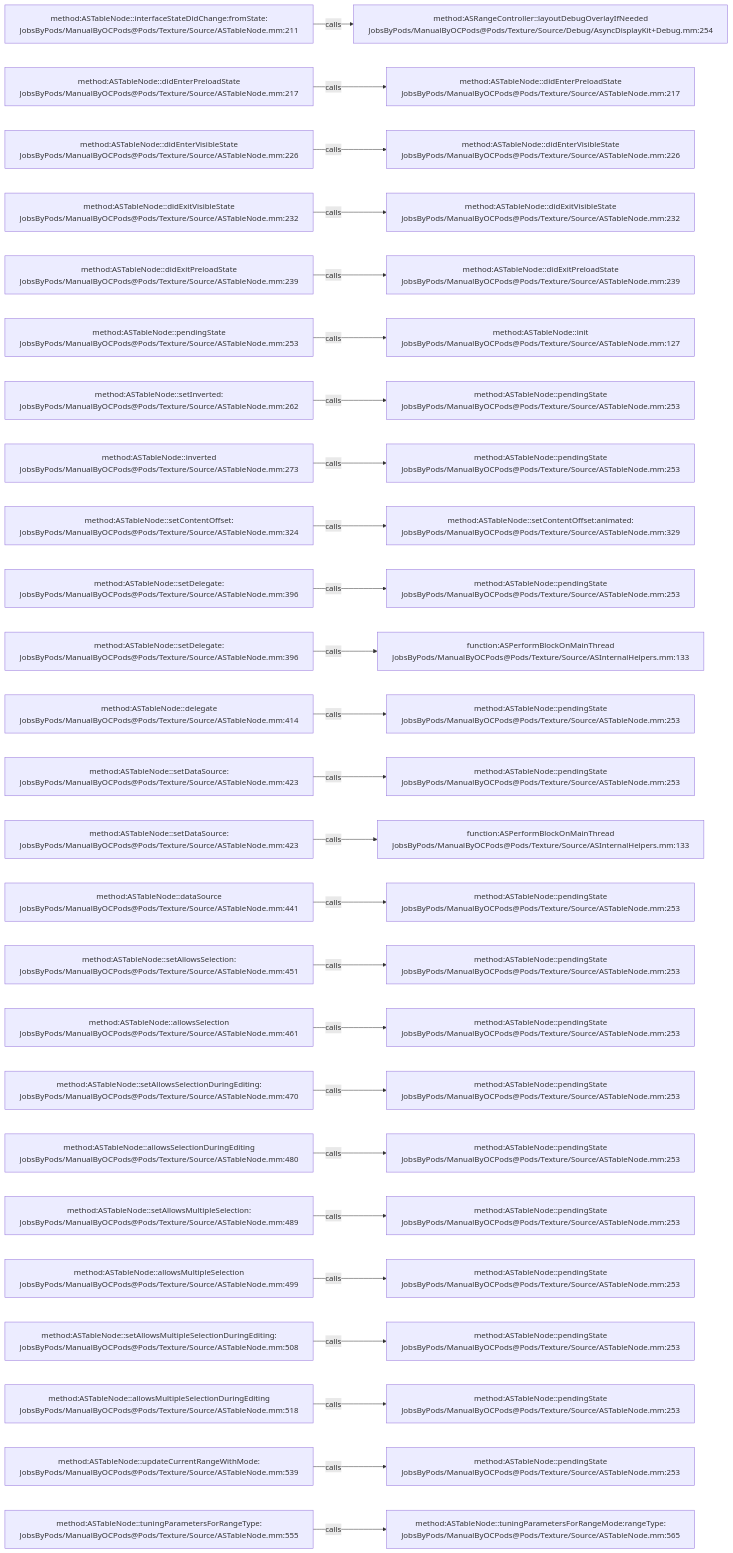
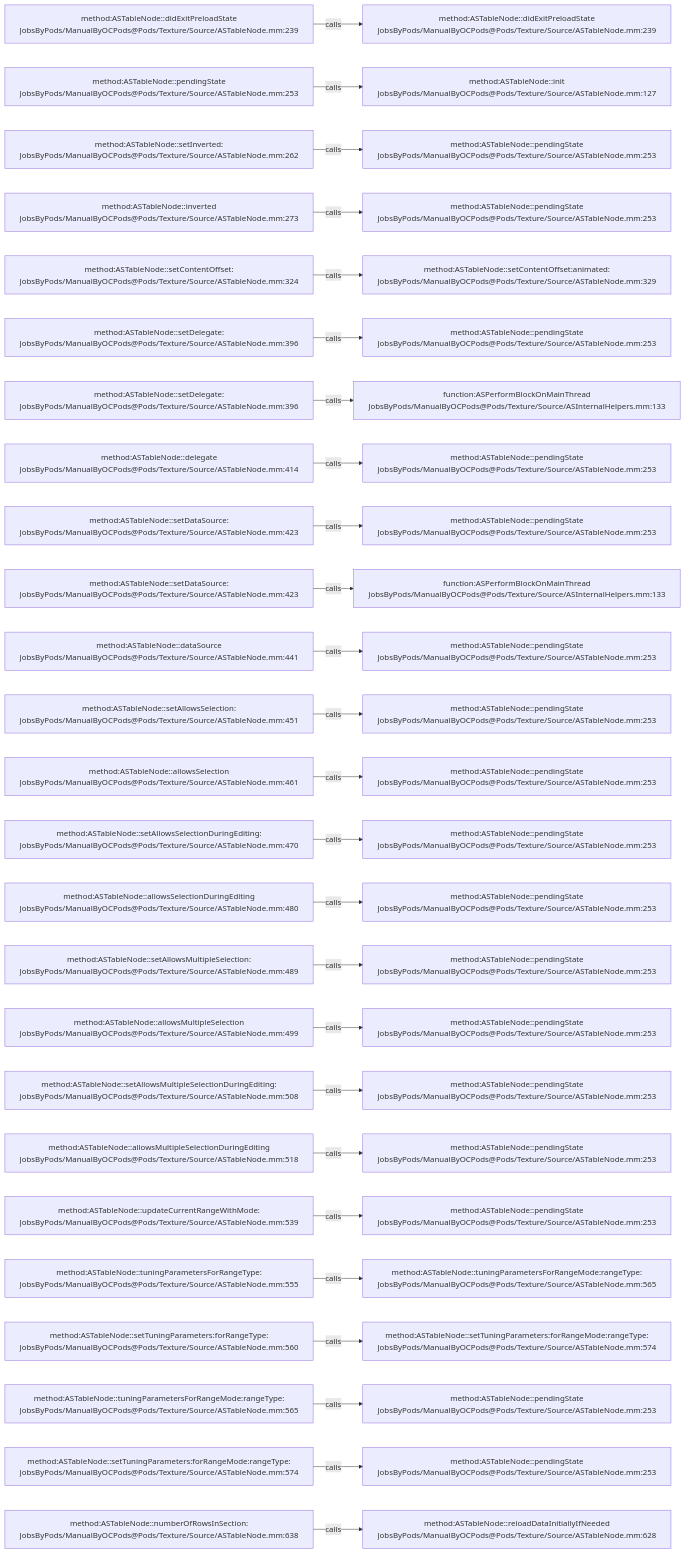
The diagram in .codegraph/codegraph.md/graphs/calls-121.md (JobsKits/JobsOCBaseConfigDemo), drawn with Mermaid before and after one commit. The commit also changed 727 other files, not shown here.

````diff
--- a/.codegraph/codegraph.md/graphs/calls-121.md
+++ b/.codegraph/codegraph.md/graphs/calls-121.md
@@ -13,78 +13,78 @@
 ```mermaid
 flowchart LR
-  S1["method:ASTableNode::interfaceStateDidChange:fromState:<br/>JobsByPods/ManualByOCPods@Pods/Texture/Source/ASTableNode.mm:211"]
-  T1["method:ASRangeController::layoutDebugOverlayIfNeeded<br/>JobsByPods/ManualByOCPods@Pods/Texture/Source/Debug/AsyncDisplayKit+Debug.mm:254"]
+  S1["method:ASTableNode::didExitPreloadState<br/>JobsByPods/ManualByOCPods@Pods/Texture/Source/ASTableNode.mm:239"]
+  T1["method:ASTableNode::didExitPreloadState<br/>JobsByPods/ManualByOCPods@Pods/Texture/Source/ASTableNode.mm:239"]
   S1 -->|calls| T1
-  S2["method:ASTableNode::didEnterPreloadState<br/>JobsByPods/ManualByOCPods@Pods/Texture/Source/ASTableNode.mm:217"]
-  T2["method:ASTableNode::didEnterPreloadState<br/>JobsByPods/ManualByOCPods@Pods/Texture/Source/ASTableNode.mm:217"]
+  S2["method:ASTableNode::pendingState<br/>JobsByPods/ManualByOCPods@Pods/Texture/Source/ASTableNode.mm:253"]
+  T2["method:ASTableNode::init<br/>JobsByPods/ManualByOCPods@Pods/Texture/Source/ASTableNode.mm:127"]
   S2 -->|calls| T2
-  S3["method:ASTableNode::didEnterVisibleState<br/>JobsByPods/ManualByOCPods@Pods/Texture/Source/ASTableNode.mm:226"]
-  T3["method:ASTableNode::didEnterVisibleState<br/>JobsByPods/ManualByOCPods@Pods/Texture/Source/ASTableNode.mm:226"]
+  S3["method:ASTableNode::setInverted:<br/>JobsByPods/ManualByOCPods@Pods/Texture/Source/ASTableNode.mm:262"]
+  T3["method:ASTableNode::pendingState<br/>JobsByPods/ManualByOCPods@Pods/Texture/Source/ASTableNode.mm:253"]
   S3 -->|calls| T3
-  S4["method:ASTableNode::didExitVisibleState<br/>JobsByPods/ManualByOCPods@Pods/Texture/Source/ASTableNode.mm:232"]
-  T4["method:ASTableNode::didExitVisibleState<br/>JobsByPods/ManualByOCPods@Pods/Texture/Source/ASTableNode.mm:232"]
+  S4["method:ASTableNode::inverted<br/>JobsByPods/ManualByOCPods@Pods/Texture/Source/ASTableNode.mm:273"]
+  T4["method:ASTableNode::pendingState<br/>JobsByPods/ManualByOCPods@Pods/Texture/Source/ASTableNode.mm:253"]
   S4 -->|calls| T4
-  S5["method:ASTableNode::didExitPreloadState<br/>JobsByPods/ManualByOCPods@Pods/Texture/Source/ASTableNode.mm:239"]
-  T5["method:ASTableNode::didExitPreloadState<br/>JobsByPods/ManualByOCPods@Pods/Texture/Source/ASTableNode.mm:239"]
+  S5["method:ASTableNode::setContentOffset:<br/>JobsByPods/ManualByOCPods@Pods/Texture/Source/ASTableNode.mm:324"]
+  T5["method:ASTableNode::setContentOffset:animated:<br/>JobsByPods/ManualByOCPods@Pods/Texture/Source/ASTableNode.mm:329"]
   S5 -->|calls| T5
-  S6["method:ASTableNode::pendingState<br/>JobsByPods/ManualByOCPods@Pods/Texture/Source/ASTableNode.mm:253"]
-  T6["method:ASTableNode::init<br/>JobsByPods/ManualByOCPods@Pods/Texture/Source/ASTableNode.mm:127"]
+  S6["method:ASTableNode::setDelegate:<br/>JobsByPods/ManualByOCPods@Pods/Texture/Source/ASTableNode.mm:396"]
+  T6["method:ASTableNode::pendingState<br/>JobsByPods/ManualByOCPods@Pods/Texture/Source/ASTableNode.mm:253"]
   S6 -->|calls| T6
-  S7["method:ASTableNode::setInverted:<br/>JobsByPods/ManualByOCPods@Pods/Texture/Source/ASTableNode.mm:262"]
-  T7["method:ASTableNode::pendingState<br/>JobsByPods/ManualByOCPods@Pods/Texture/Source/ASTableNode.mm:253"]
+  S7["method:ASTableNode::setDelegate:<br/>JobsByPods/ManualByOCPods@Pods/Texture/Source/ASTableNode.mm:396"]
+  T7["function:ASPerformBlockOnMainThread<br/>JobsByPods/ManualByOCPods@Pods/Texture/Source/ASInternalHelpers.mm:133"]
   S7 -->|calls| T7
-  S8["method:ASTableNode::inverted<br/>JobsByPods/ManualByOCPods@Pods/Texture/Source/ASTableNode.mm:273"]
+  S8["method:ASTableNode::delegate<br/>JobsByPods/ManualByOCPods@Pods/Texture/Source/ASTableNode.mm:414"]
   T8["method:ASTableNode::pendingState<br/>JobsByPods/ManualByOCPods@Pods/Texture/Source/ASTableNode.mm:253"]
   S8 -->|calls| T8
-  S9["method:ASTableNode::setContentOffset:<br/>JobsByPods/ManualByOCPods@Pods/Texture/Source/ASTableNode.mm:324"]
-  T9["method:ASTableNode::setContentOffset:animated:<br/>JobsByPods/ManualByOCPods@Pods/Texture/Source/ASTableNode.mm:329"]
+  S9["method:ASTableNode::setDataSource:<br/>JobsByPods/ManualByOCPods@Pods/Texture/Source/ASTableNode.mm:423"]
+  T9["method:ASTableNode::pendingState<br/>JobsByPods/ManualByOCPods@Pods/Texture/Source/ASTableNode.mm:253"]
   S9 -->|calls| T9
-  S10["method:ASTableNode::setDelegate:<br/>JobsByPods/ManualByOCPods@Pods/Texture/Source/ASTableNode.mm:396"]
-  T10["method:ASTableNode::pendingState<br/>JobsByPods/ManualByOCPods@Pods/Texture/Source/ASTableNode.mm:253"]
+  S10["method:ASTableNode::setDataSource:<br/>JobsByPods/ManualByOCPods@Pods/Texture/Source/ASTableNode.mm:423"]
+  T10["function:ASPerformBlockOnMainThread<br/>JobsByPods/ManualByOCPods@Pods/Texture/Source/ASInternalHelpers.mm:133"]
   S10 -->|calls| T10
-  S11["method:ASTableNode::setDelegate:<br/>JobsByPods/ManualByOCPods@Pods/Texture/Source/ASTableNode.mm:396"]
-  T11["function:ASPerformBlockOnMainThread<br/>JobsByPods/ManualByOCPods@Pods/Texture/Source/ASInternalHelpers.mm:133"]
+  S11["method:ASTableNode::dataSource<br/>JobsByPods/ManualByOCPods@Pods/Texture/Source/ASTableNode.mm:441"]
+  T11["method:ASTableNode::pendingState<br/>JobsByPods/ManualByOCPods@Pods/Texture/Source/ASTableNode.mm:253"]
   S11 -->|calls| T11
-  S12["method:ASTableNode::delegate<br/>JobsByPods/ManualByOCPods@Pods/Texture/Source/ASTableNode.mm:414"]
+  S12["method:ASTableNode::setAllowsSelection:<br/>JobsByPods/ManualByOCPods@Pods/Texture/Source/ASTableNode.mm:451"]
   T12["method:ASTableNode::pendingState<br/>JobsByPods/ManualByOCPods@Pods/Texture/Source/ASTableNode.mm:253"]
   S12 -->|calls| T12
-  S13["method:ASTableNode::setDataSource:<br/>JobsByPods/ManualByOCPods@Pods/Texture/Source/ASTableNode.mm:423"]
+  S13["method:ASTableNode::allowsSelection<br/>JobsByPods/ManualByOCPods@Pods/Texture/Source/ASTableNode.mm:461"]
   T13["method:ASTableNode::pendingState<br/>JobsByPods/ManualByOCPods@Pods/Texture/Source/ASTableNode.mm:253"]
   S13 -->|calls| T13
-  S14["method:ASTableNode::setDataSource:<br/>JobsByPods/ManualByOCPods@Pods/Texture/Source/ASTableNode.mm:423"]
-  T14["function:ASPerformBlockOnMainThread<br/>JobsByPods/ManualByOCPods@Pods/Texture/Source/ASInternalHelpers.mm:133"]
+  S14["method:ASTableNode::setAllowsSelectionDuringEditing:<br/>JobsByPods/ManualByOCPods@Pods/Texture/Source/ASTableNode.mm:470"]
+  T14["method:ASTableNode::pendingState<br/>JobsByPods/ManualByOCPods@Pods/Texture/Source/ASTableNode.mm:253"]
   S14 -->|calls| T14
-  S15["method:ASTableNode::dataSource<br/>JobsByPods/ManualByOCPods@Pods/Texture/Source/ASTableNode.mm:441"]
+  S15["method:ASTableNode::allowsSelectionDuringEditing<br/>JobsByPods/ManualByOCPods@Pods/Texture/Source/ASTableNode.mm:480"]
   T15["method:ASTableNode::pendingState<br/>JobsByPods/ManualByOCPods@Pods/Texture/Source/ASTableNode.mm:253"]
   S15 -->|calls| T15
-  S16["method:ASTableNode::setAllowsSelection:<br/>JobsByPods/ManualByOCPods@Pods/Texture/Source/ASTableNode.mm:451"]
+  S16["method:ASTableNode::setAllowsMultipleSelection:<br/>JobsByPods/ManualByOCPods@Pods/Texture/Source/ASTableNode.mm:489"]
   T16["method:ASTableNode::pendingState<br/>JobsByPods/ManualByOCPods@Pods/Texture/Source/ASTableNode.mm:253"]
   S16 -->|calls| T16
-  S17["method:ASTableNode::allowsSelection<br/>JobsByPods/ManualByOCPods@Pods/Texture/Source/ASTableNode.mm:461"]
+  S17["method:ASTableNode::allowsMultipleSelection<br/>JobsByPods/ManualByOCPods@Pods/Texture/Source/ASTableNode.mm:499"]
   T17["method:ASTableNode::pendingState<br/>JobsByPods/ManualByOCPods@Pods/Texture/Source/ASTableNode.mm:253"]
   S17 -->|calls| T17
-  S18["method:ASTableNode::setAllowsSelectionDuringEditing:<br/>JobsByPods/ManualByOCPods@Pods/Texture/Source/ASTableNode.mm:470"]
+  S18["method:ASTableNode::setAllowsMultipleSelectionDuringEditing:<br/>JobsByPods/ManualByOCPods@Pods/Texture/Source/ASTableNode.mm:508"]
   T18["method:ASTableNode::pendingState<br/>JobsByPods/ManualByOCPods@Pods/Texture/Source/ASTableNode.mm:253"]
   S18 -->|calls| T18
-  S19["method:ASTableNode::allowsSelectionDuringEditing<br/>JobsByPods/ManualByOCPods@Pods/Texture/Source/ASTableNode.mm:480"]
+  S19["method:ASTableNode::allowsMultipleSelectionDuringEditing<br/>JobsByPods/ManualByOCPods@Pods/Texture/Source/ASTableNode.mm:518"]
   T19["method:ASTableNode::pendingState<br/>JobsByPods/ManualByOCPods@Pods/Texture/Source/ASTableNode.mm:253"]
   S19 -->|calls| T19
-  S20["method:ASTableNode::setAllowsMultipleSelection:<br/>JobsByPods/ManualByOCPods@Pods/Texture/Source/ASTableNode.mm:489"]
+  S20["method:ASTableNode::updateCurrentRangeWithMode:<br/>JobsByPods/ManualByOCPods@Pods/Texture/Source/ASTableNode.mm:539"]
   T20["method:ASTableNode::pendingState<br/>JobsByPods/ManualByOCPods@Pods/Texture/Source/ASTableNode.mm:253"]
   S20 -->|calls| T20
-  S21["method:ASTableNode::allowsMultipleSelection<br/>JobsByPods/ManualByOCPods@Pods/Texture/Source/ASTableNode.mm:499"]
-  T21["method:ASTableNode::pendingState<br/>JobsByPods/ManualByOCPods@Pods/Texture/Source/ASTableNode.mm:253"]
+  S21["method:ASTableNode::tuningParametersForRangeType:<br/>JobsByPods/ManualByOCPods@Pods/Texture/Source/ASTableNode.mm:555"]
+  T21["method:ASTableNode::tuningParametersForRangeMode:rangeType:<br/>JobsByPods/ManualByOCPods@Pods/Texture/Source/ASTableNode.mm:565"]
   S21 -->|calls| T21
-  S22["method:ASTableNode::setAllowsMultipleSelectionDuringEditing:<br/>JobsByPods/ManualByOCPods@Pods/Texture/Source/ASTableNode.mm:508"]
-  T22["method:ASTableNode::pendingState<br/>JobsByPods/ManualByOCPods@Pods/Texture/Source/ASTableNode.mm:253"]
+  S22["method:ASTableNode::setTuningParameters:forRangeType:<br/>JobsByPods/ManualByOCPods@Pods/Texture/Source/ASTableNode.mm:560"]
+  T22["method:ASTableNode::setTuningParameters:forRangeMode:rangeType:<br/>JobsByPods/ManualByOCPods@Pods/Texture/Source/ASTableNode.mm:574"]
   S22 -->|calls| T22
-  S23["method:ASTableNode::allowsMultipleSelectionDuringEditing<br/>JobsByPods/ManualByOCPods@Pods/Texture/Source/ASTableNode.mm:518"]
+  S23["method:ASTableNode::tuningParametersForRangeMode:rangeType:<br/>JobsByPods/ManualByOCPods@Pods/Texture/Source/ASTableNode.mm:565"]
   T23["method:ASTableNode::pendingState<br/>JobsByPods/ManualByOCPods@Pods/Texture/Source/ASTableNode.mm:253"]
   S23 -->|calls| T23
-  S24["method:ASTableNode::updateCurrentRangeWithMode:<br/>JobsByPods/ManualByOCPods@Pods/Texture/Source/ASTableNode.mm:539"]
+  S24["method:ASTableNode::setTuningParameters:forRangeMode:rangeType:<br/>JobsByPods/ManualByOCPods@Pods/Texture/Source/ASTableNode.mm:574"]
   T24["method:ASTableNode::pendingState<br/>JobsByPods/ManualByOCPods@Pods/Texture/Source/ASTableNode.mm:253"]
   S24 -->|calls| T24
-  S25["method:ASTableNode::tuningParametersForRangeType:<br/>JobsByPods/ManualByOCPods@Pods/Texture/Source/ASTableNode.mm:555"]
-  T25["method:ASTableNode::tuningParametersForRangeMode:rangeType:<br/>JobsByPods/ManualByOCPods@Pods/Texture/Source/ASTableNode.mm:565"]
+  S25["method:ASTableNode::numberOfRowsInSection:<br/>JobsByPods/ManualByOCPods@Pods/Texture/Source/ASTableNode.mm:638"]
+  T25["method:ASTableNode::reloadDataInitiallyIfNeeded<br/>JobsByPods/ManualByOCPods@Pods/Texture/Source/ASTableNode.mm:628"]
   S25 -->|calls| T25
 ```
````
